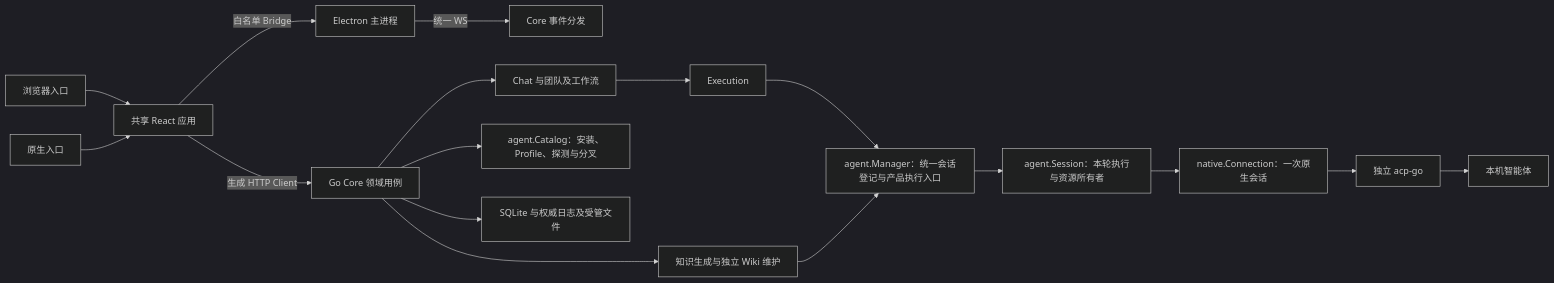
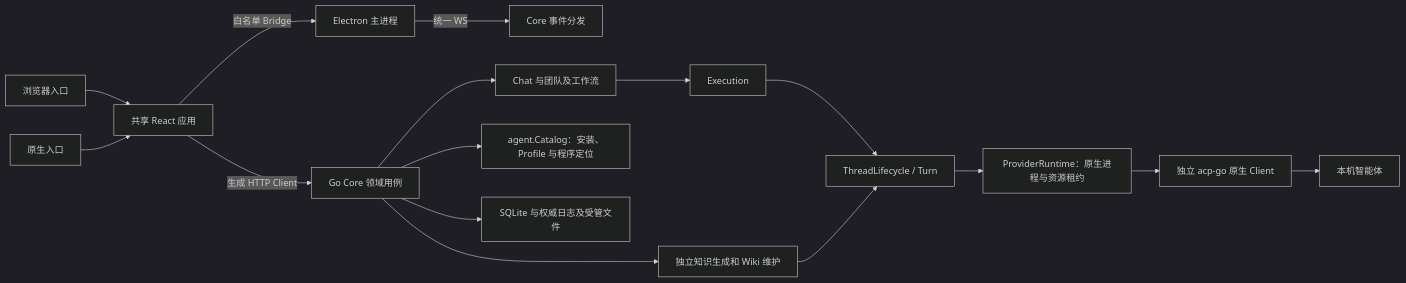
Before and after one commit to JieWaZi/NeuxBot: the diagram in docs/architecture/overview-cn.md, drawn with Mermaid (dark theme). The commit also changed other lines of this file and 1459 other files, not shown here.

````diff
--- a/docs/architecture/overview-cn.md
+++ b/docs/architecture/overview-cn.md
@@ -7,19 +9,18 @@
 ```mermaid
 flowchart LR
   Web[浏览器入口] --> UI[共享 React 应用]
   Native[原生入口] --> UI
   UI -->|生成 HTTP Client| Core[Go Core 领域用例]
   UI -->|白名单 Bridge| Desktop[Electron 主进程]
   Desktop -->|统一 WS| Events[Core 事件分发]
   Core --> Chat[Chat 与团队及工作流]
   Chat --> Execution[Execution]
-  Execution --> Manager[agent.Manager：统一会话登记与产品执行入口]
-  Core --> Knowledge[知识生成与独立 Wiki 维护]
-  Knowledge --> Manager
-  Manager --> Session[agent.Session：本轮执行与资源所有者]
-  Session --> Connection[native.Connection：一次原生会话]
-  Connection --> ACP[独立 acp-go]
+  Execution --> Thread[ThreadLifecycle / Turn]
+  Thread --> Provider[ProviderRuntime：原生进程与资源租约]
+  Provider --> ACP[独立 acp-go 原生 Client]
+  Core --> Knowledge[独立知识生成和 Wiki 维护]
+  Knowledge --> Thread
   ACP --> CLI[本机智能体]
-  Core --> Catalog[agent.Catalog：安装、Profile、探测与分叉]
+  Core --> Catalog[agent.Catalog：安装、Profile 与程序定位]
   Core --> Store[SQLite 与权威日志及受管文件]
 ```
````
